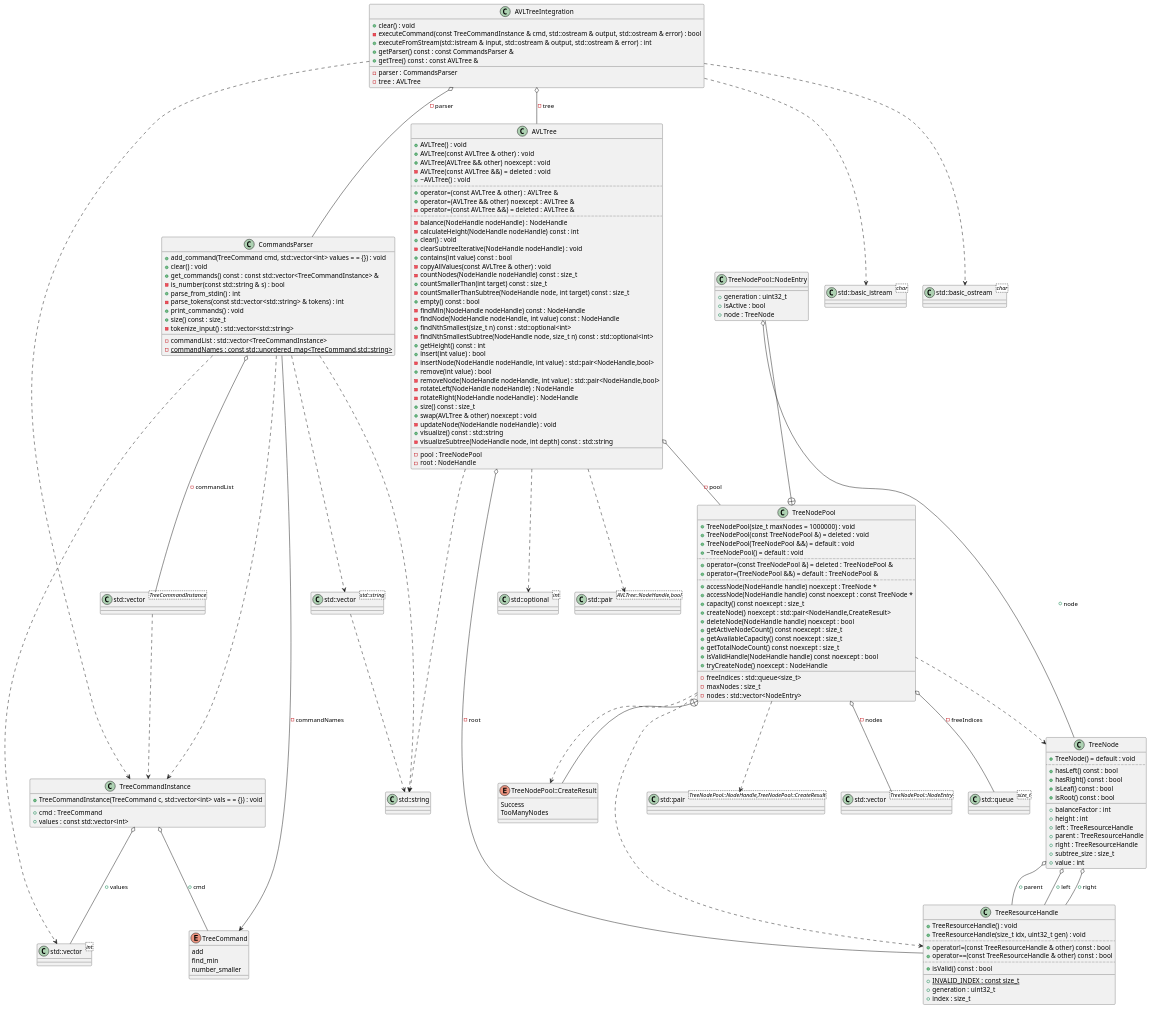
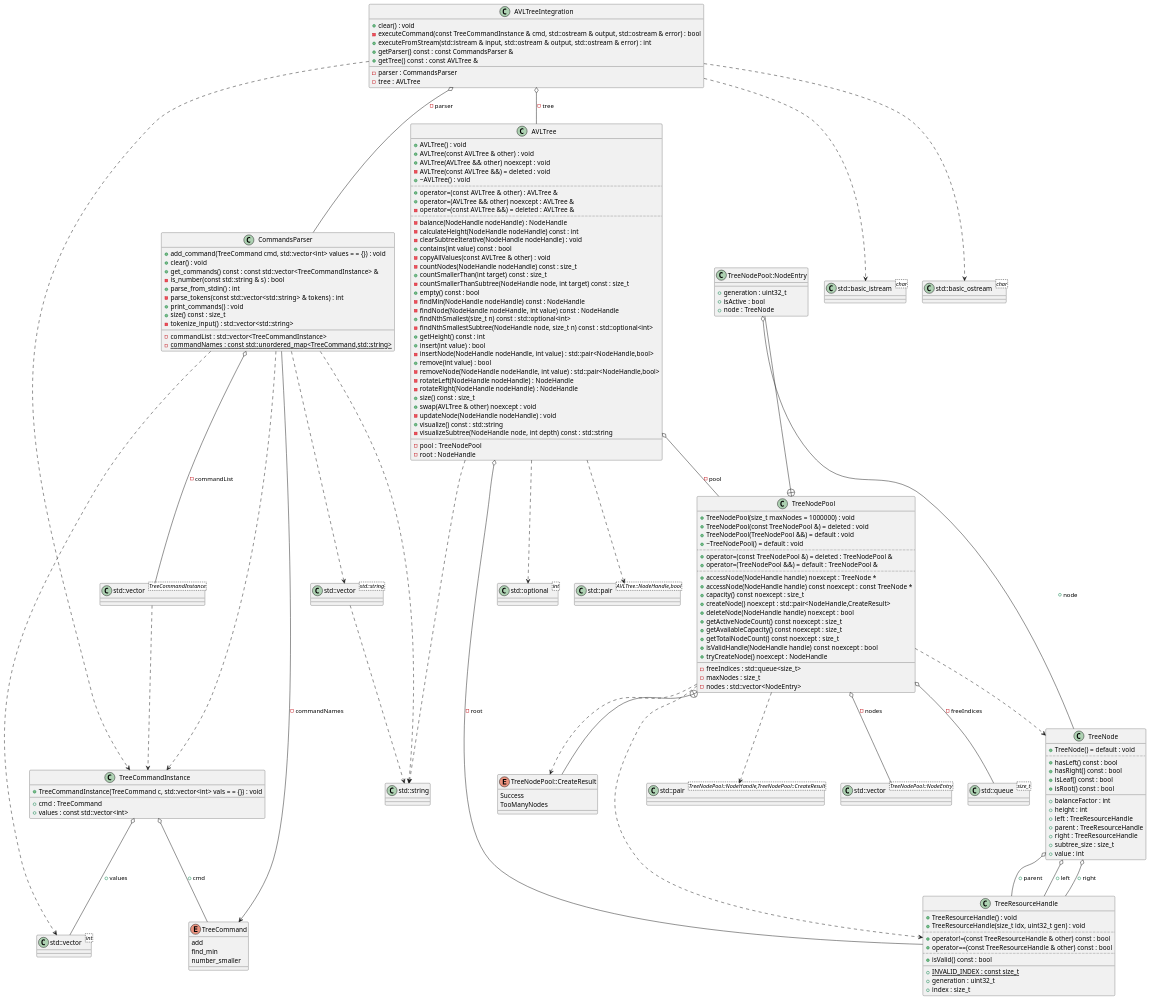
Before and after one commit to LeoChizh/searching_tree: the diagram in docs/diagrams/main.puml, drawn with PlantUML. The commit also changed 1 other file, not shown here.

Commit message:
bugfix fogot to remove clear() method

```diff
--- a/docs/diagrams/main.puml
+++ b/docs/diagrams/main.puml
@@ -153,7 +153,6 @@
 ..
 -balance(NodeHandle nodeHandle) : NodeHandle
 -calculateHeight(NodeHandle nodeHandle) const : int
-+clear() : void
 -clearSubtreeIterative(NodeHandle nodeHandle) : void
 +contains(int value) const : bool
 -copyAllValues(const AVLTree & other) : void
```
